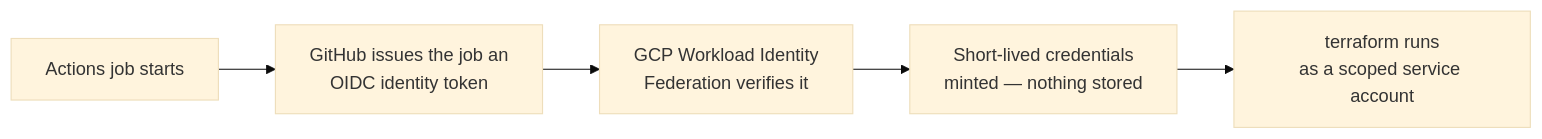
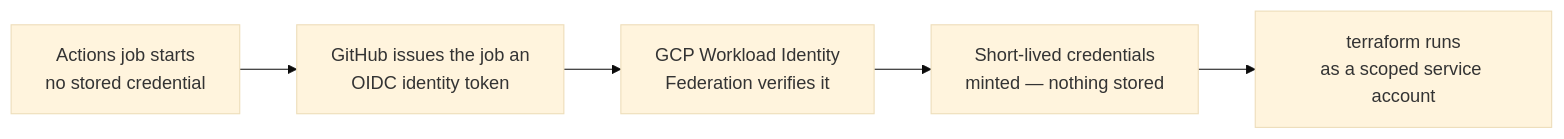
The second of 2 diagrams in docs/10-foundation/11-cloud-substrate.md (deathscythe272/blackfork-platform), drawn with Mermaid (base theme) before and after one commit. The commit also changed other lines of this file and 18 other files, not shown here.

````diff
--- a/docs/10-foundation/11-cloud-substrate.md
+++ b/docs/10-foundation/11-cloud-substrate.md
@@ -27,4 +27,4 @@
 ```mermaid
 flowchart LR
-  F["Actions job starts"] --> G["GitHub issues the job an<br>OIDC identity token"] --> H["GCP Workload Identity<br>Federation verifies it"] --> I["Short-lived credentials<br>minted — nothing stored"] --> J["terraform runs<br>as a scoped service account"]
+  F["Actions job starts<br>no stored credential"] --> G["GitHub issues the job an<br>OIDC identity token"] --> H["GCP Workload Identity<br>Federation verifies it"] --> I["Short-lived credentials<br>minted — nothing stored"] --> J["terraform runs<br>as a scoped service account"]
 ```
````
